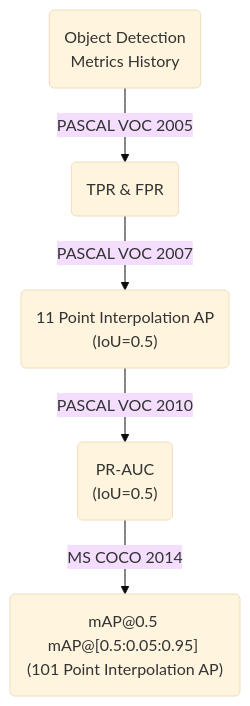
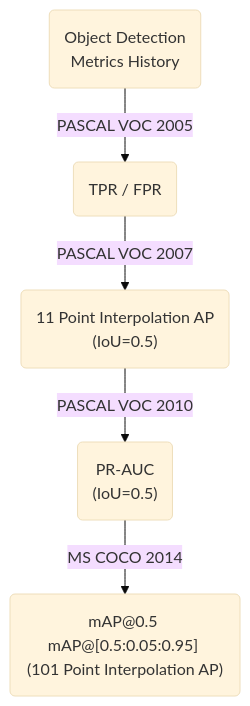
The diagram in docs/0230_ML_Metrics_Detection.md (junxnone/aiwiki), drawn with Mermaid (base theme) before and after one commit. The commit also changed other lines of this file, not shown here.

````diff
--- a/docs/0230_ML_Metrics_Detection.md
+++ b/docs/0230_ML_Metrics_Detection.md
@@ -65,14 +65,14 @@
 ```mermaid
 
 
 
 graph TD
-    O(Object Detection \n Metrics History)--> |PASCAL VOC 2005| V1(TPR & FPR)
+    O(Object Detection \n Metrics History)--> |PASCAL VOC 2005| V1(TPR / FPR)
     V1 --> |PASCAL VOC 2007| V2("11 Point Interpolation AP \n (IoU=0.5)")
     V2 --> |PASCAL VOC 2010| V3("PR-AUC \n (IoU=0.5)")
     V3 --> |MS COCO 2014| V4("mAP@0.5 mAP@[0.5:0.05:0.95] \n(101 Point Interpolation AP)")
 
 
 
 
 ```
````
